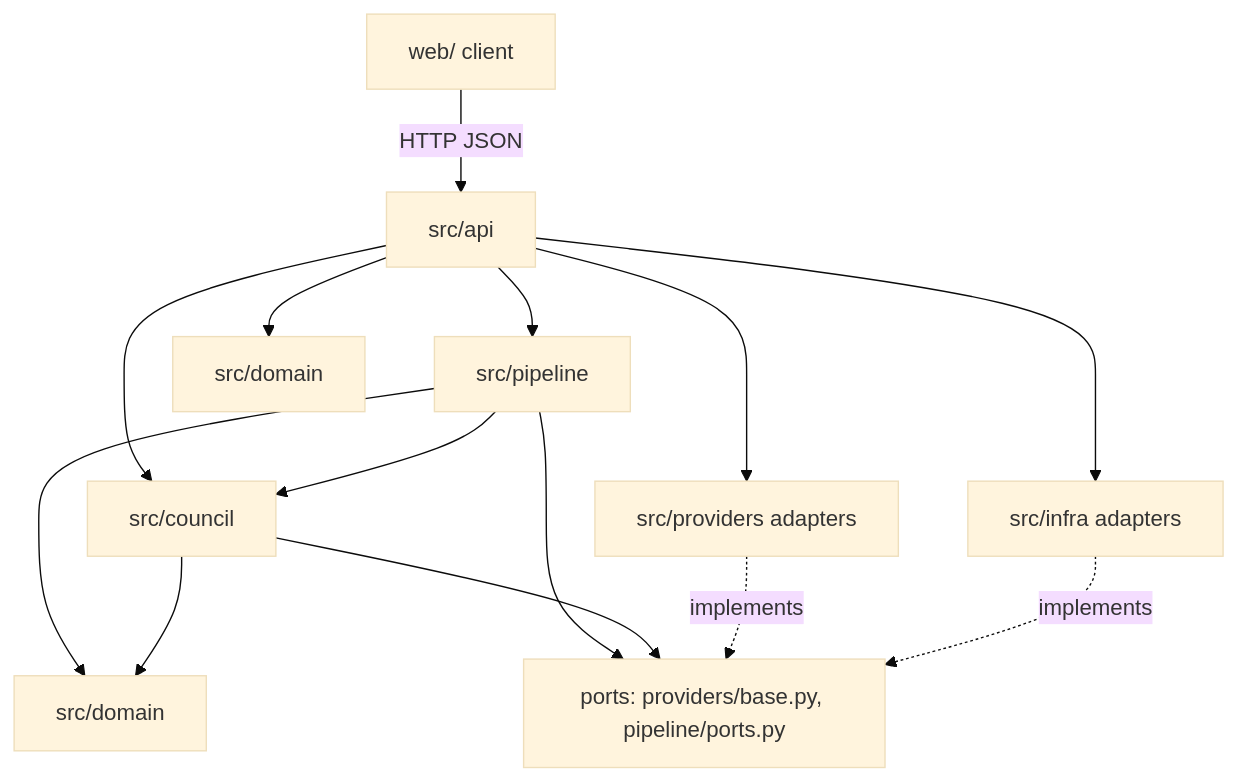
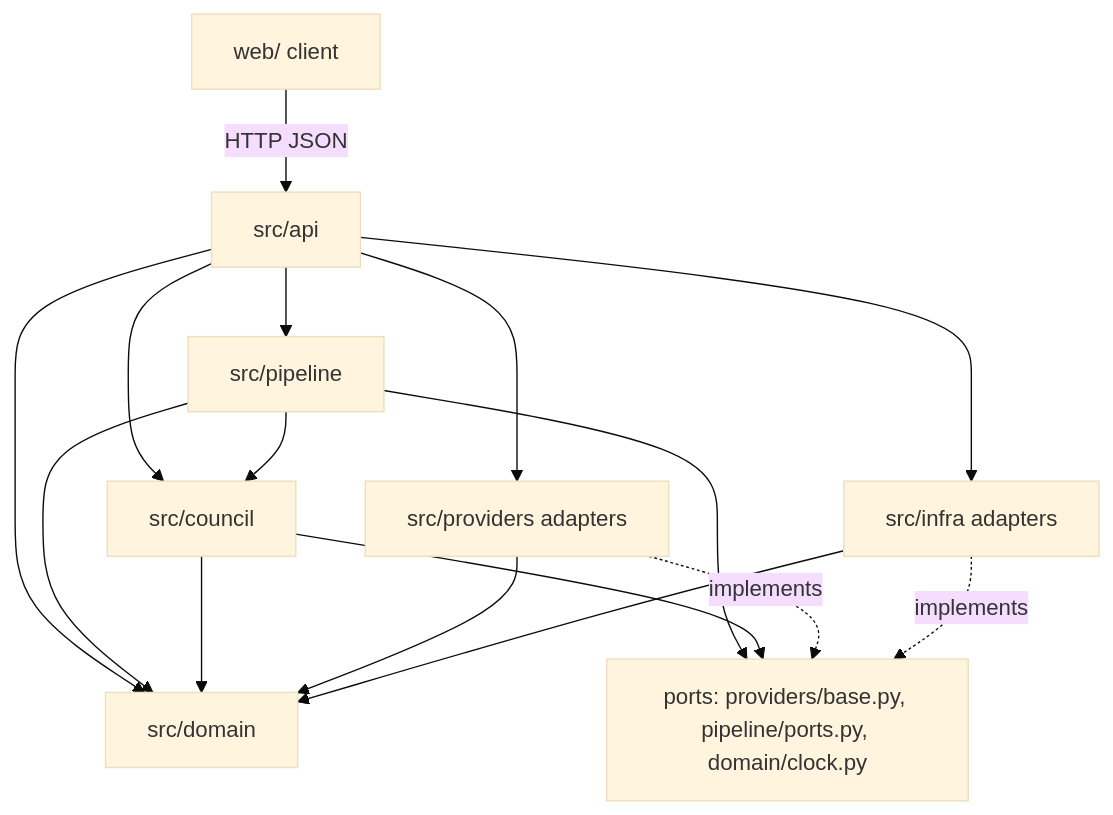
One commit to lutic1/meta-hackathon-2026 changed the first of 4 diagrams in docs/planning-artifacts/architecture/architecture-Keyframe-2026-10-21/ARCHITECTURE-SPINE.md. Above: the diagram before and after it, drawn with Mermaid (base theme). The commit also changed other lines of this file and 10 other files, not shown here.

Commit message:
Architecture spine finalized after the reviewer gate (18 ADs); spec adopts the spine as a companion; cut-1 wording aligned

````diff
--- a/docs/planning-artifacts/architecture/architecture-Keyframe-2026-10-21/ARCHITECTURE-SPINE.md
+++ b/docs/planning-artifacts/architecture/architecture-Keyframe-2026-10-21/ARCHITECTURE-SPINE.md
@@ -22,16 +22,18 @@
 ```mermaid
 graph TD
   API[src/api] --> PIPE[src/pipeline]
   API --> COUNCIL[src/council]
-  API --> SESSION[src/domain]
+  API --> DOMAIN[src/domain]
   PIPE --> COUNCIL
-  PIPE --> DOMAIN[src/domain]
+  PIPE --> DOMAIN
   COUNCIL --> DOMAIN
-  PIPE --> PORTS[ports: providers/base.py, pipeline/ports.py]
+  PIPE --> PORTS["ports: providers/base.py, pipeline/ports.py, domain/clock.py"]
   COUNCIL --> PORTS
   PROV[src/providers adapters] -.implements.-> PORTS
   INFRA[src/infra adapters] -.implements.-> PORTS
+  PROV --> DOMAIN
+  INFRA --> DOMAIN
   API --> INFRA
   API --> PROV
   WEB[web/ client] -->|HTTP JSON| API
 ```
````
